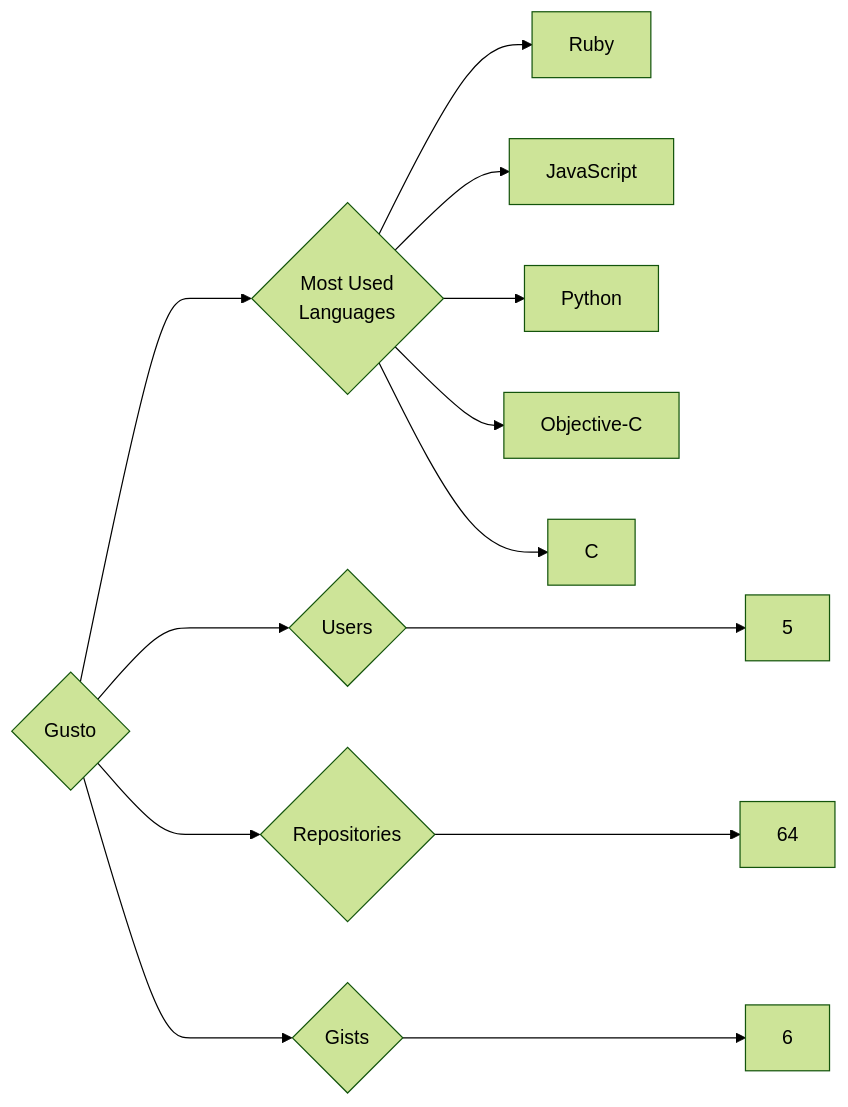
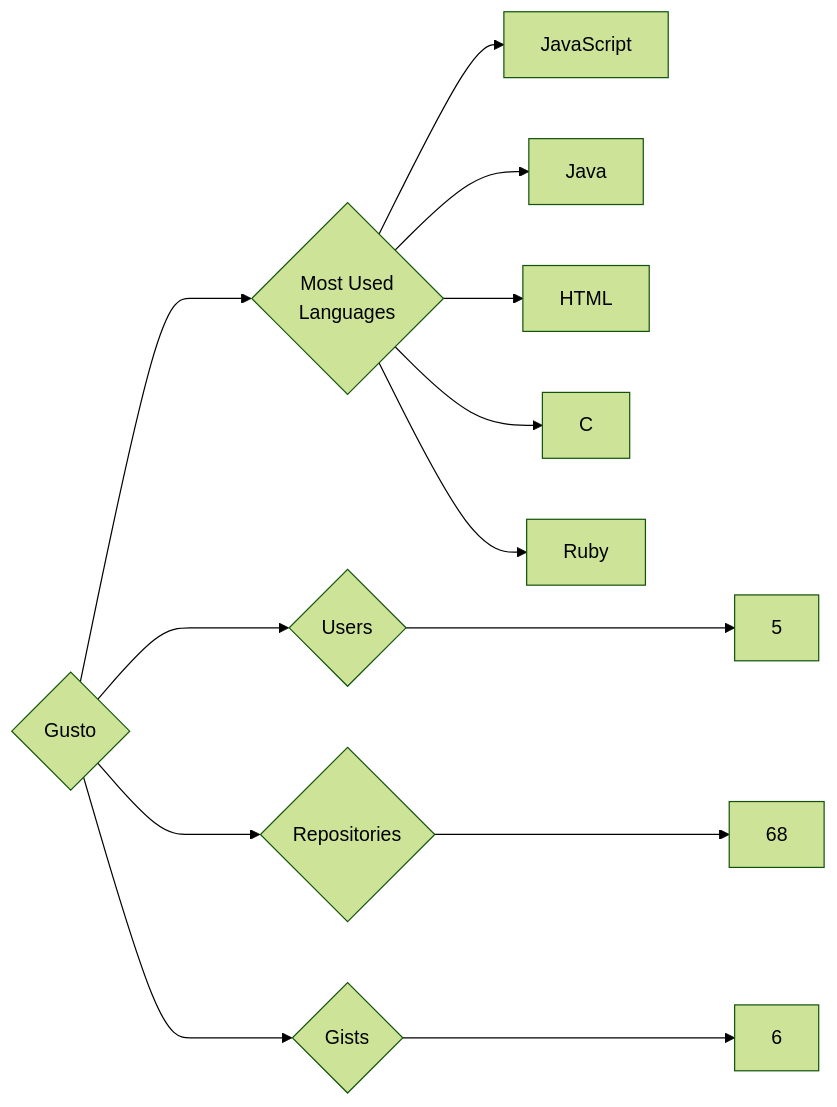
The diagram in targets/Gusto/README.md (trickest/insiders), drawn with Mermaid (forest theme) before and after one commit. The commit also changed 1149 other files, not shown here.

````diff
--- a/targets/Gusto/README.md
+++ b/targets/Gusto/README.md
@@ -3,13 +3,13 @@
 ```mermaid
 graph LR
 COMPANY_NAME{Gusto}
 COMPANY_NAME ---> U{Users} ---> UN[5]
-COMPANY_NAME ---> R{Repositories} ---> RN[64]
+COMPANY_NAME ---> R{Repositories} ---> RN[68]
 COMPANY_NAME ---> G{Gists} ---> GN[6]
 COMPANY_NAME ---> ML{Most Used<br>Languages}
+ML --> JavaScript[JavaScript]
+ML --> Java[Java]
+ML --> HTML[HTML]
+ML --> C[C]
 ML --> Ruby[Ruby]
-ML --> JavaScript[JavaScript]
-ML --> Python[Python]
-ML --> Objective-C[Objective-C]
-ML --> C[C]
 ```
````
